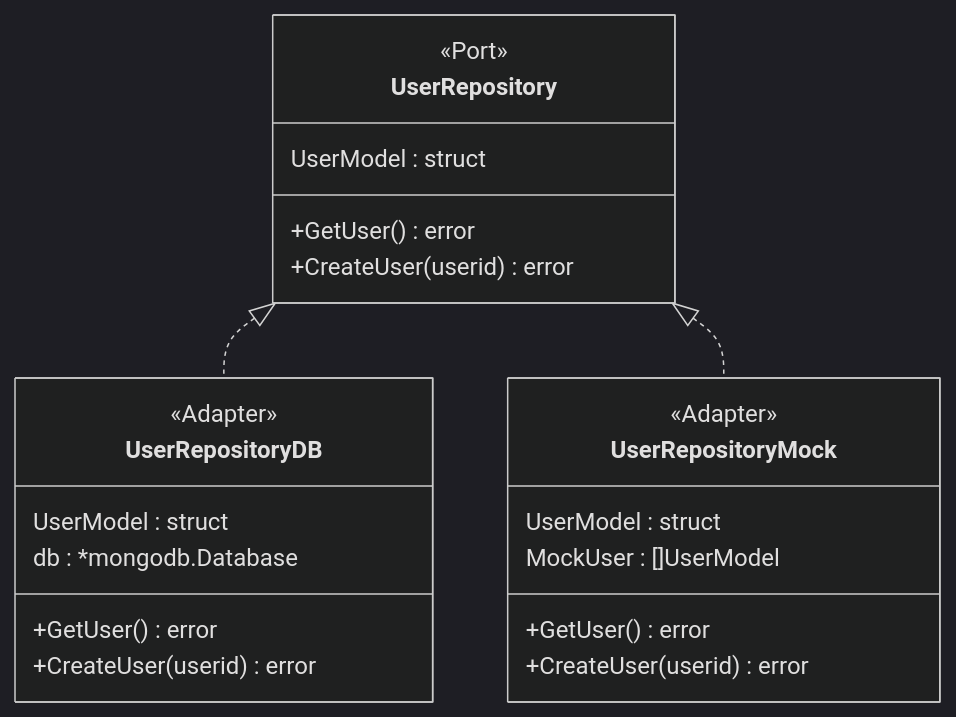
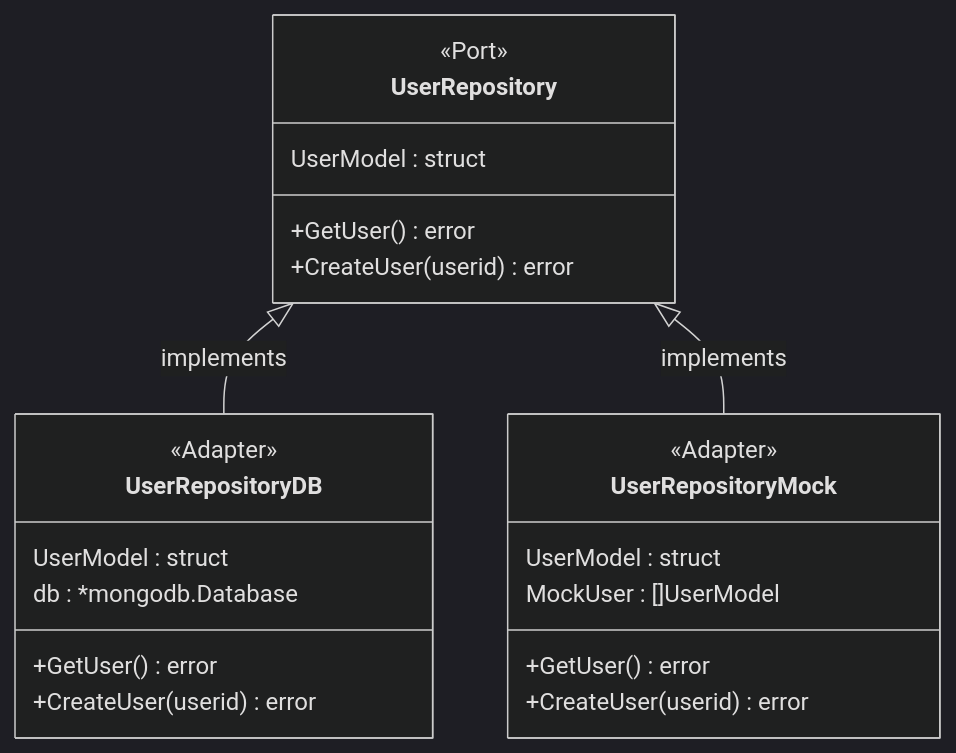
Before and after one commit to ukritfongsomboon/Hexagonal: the second of 2 diagrams in README.MD, drawn with Mermaid (dark theme). The commit also changed other lines of this file, not shown here.

````diff
--- a/README.MD
+++ b/README.MD
@@ -87,27 +87,34 @@
 ```mermaid
 classDiagram
 class UserRepository{
     <<Port>>
     UserModel : struct
     +GetUser() error
     +CreateUser(userid) error
 }
+click UserRepository call callbackFunction() "This is a tooltip for a callback"
+
 class UserRepositoryDB{
     <<Adapter>>
     UserModel : struct
     db : *mongodb.Database
     +GetUser() error
     +CreateUser(userid) error
 }
 
 class UserRepositoryMock{
     <<Adapter>>
     UserModel : struct
     MockUser : []UserModel
     +GetUser() error
     +CreateUser(userid) error
 }
 
-UserRepository <|.. UserRepositoryDB
-UserRepository <|.. UserRepositoryMock
+
+
+UserRepository <|-- UserRepositoryDB : implements
+UserRepository <|-- UserRepositoryMock : implements
+
+
+
 ```
````
